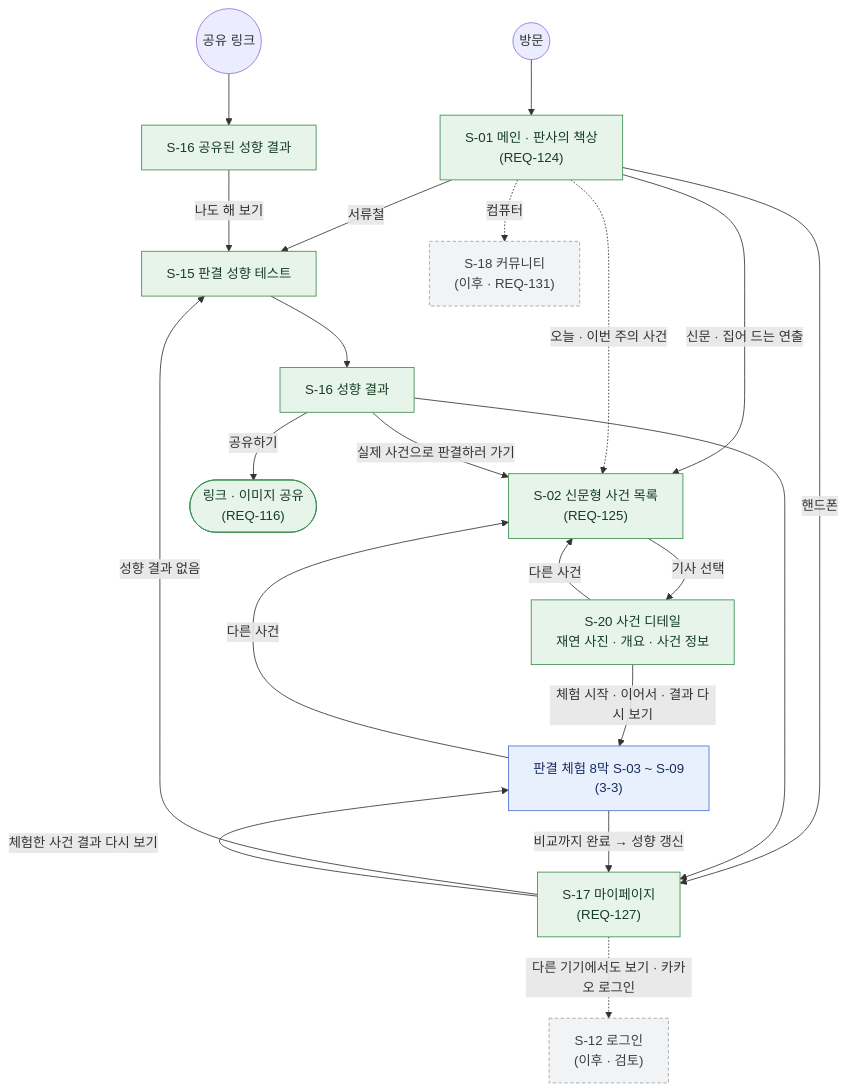
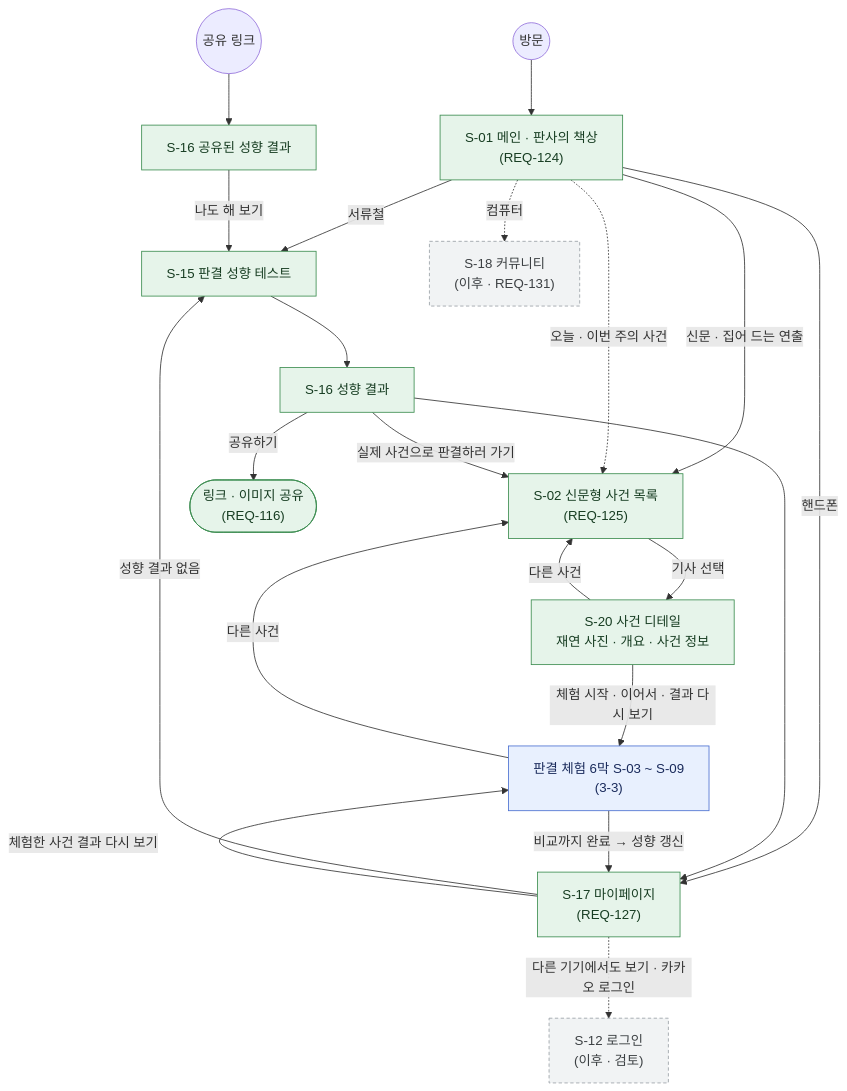
One commit to prgrms-aibe-devcourse/AIBE7_FinalProject_Team2 changed the third of 8 diagrams in docs/user-flow.md. Above: the diagram before and after it, drawn with Mermaid. The commit also changed other lines of this file and 1 other file, not shown here.

````diff
--- a/docs/user-flow.md
+++ b/docs/user-flow.md
@@ -166,34 +167,34 @@
 ```mermaid
 flowchart TD
     V((방문)) --> M["S-01 메인 · 판사의 책상<br/>(REQ-124)"]
     SL((공유 링크)) --> SR["S-16 공유된 성향 결과"]
 
     M -->|서류철| T["S-15 판결 성향 테스트"]
     M -->|"신문 · 집어 드는 연출"| N["S-02 신문형 사건 목록<br/>(REQ-125)"]
     M -->|핸드폰| MY["S-17 마이페이지<br/>(REQ-127)"]
     M -.->|컴퓨터| CM["S-18 커뮤니티<br/>(이후 · REQ-131)"]
     M -.->|오늘 · 이번 주의 사건| N
 
     SR -->|나도 해 보기| T
     T --> TR["S-16 성향 결과"]
     TR -->|실제 사건으로 판결하러 가기| N
     TR -->|공유하기| SH(["링크 · 이미지 공유<br/>(REQ-116)"])
     TR --> MY
 
     N -->|기사 선택| CD["S-20 사건 디테일<br/>재연 사진 · 개요 · 사건 정보"]
-    CD -->|"체험 시작 · 이어서 · 결과 다시 보기"| X["판결 체험 8막 S-03 ~ S-09<br/>(3-3)"]
+    CD -->|"체험 시작 · 이어서 · 결과 다시 보기"| X["판결 체험 6막 S-03 ~ S-09<br/>(3-3)"]
     CD -->|다른 사건| N
     X -->|"비교까지 완료 → 성향 갱신"| MY
     X -->|다른 사건| N
 
     MY -->|성향 결과 없음| T
     MY -->|체험한 사건 결과 다시 보기| X
     MY -.->|"다른 기기에서도 보기 · 카카오 로그인"| LG["S-12 로그인<br/>(이후 · 검토)"]
 
     classDef mvp fill:#e8f0fe,stroke:#4a6fd1,color:#1a2b5c
     classDef ext fill:#e6f4ea,stroke:#3c8d50,color:#173d22
     classDef later fill:#f1f3f4,stroke:#9aa0a6,color:#3c4043,stroke-dasharray:4 3
     class X mvp
     class M,N,CD,T,TR,SR,MY,SH ext
     class CM,LG later
 ```
````
